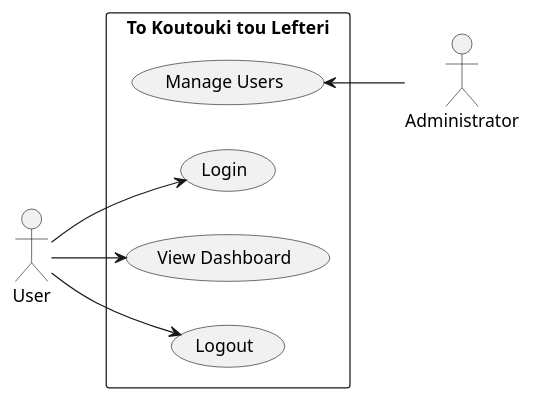
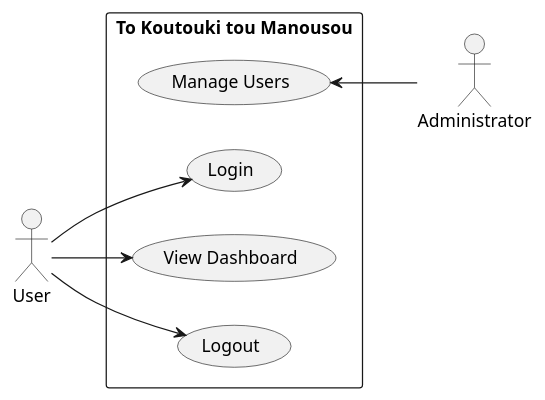
One commit to softwareDesign24/collaborateUML-ucd changed the diagram in use-case.puml. Above: the diagram before and after it, drawn with PlantUML.

```diff
--- a/use-case.puml
+++ b/use-case.puml
@@ -1,20 +1,20 @@
 @startuml
 
 left to right direction
 
 actor "User" as usr
 actor "Administrator" as admin
 
-rectangle "To Koutouki tou Lefteri" {
+rectangle "To Koutouki tou Manousou" {
   usecase "Login" as UC1
   usecase "View Dashboard" as UC2
   usecase "Logout" as UC3
   usecase "Manage Users" as UC4
 }
 
 usr --> UC1
 usr --> UC2
 usr --> UC3
 admin -up-> UC4
 
 @enduml
```
